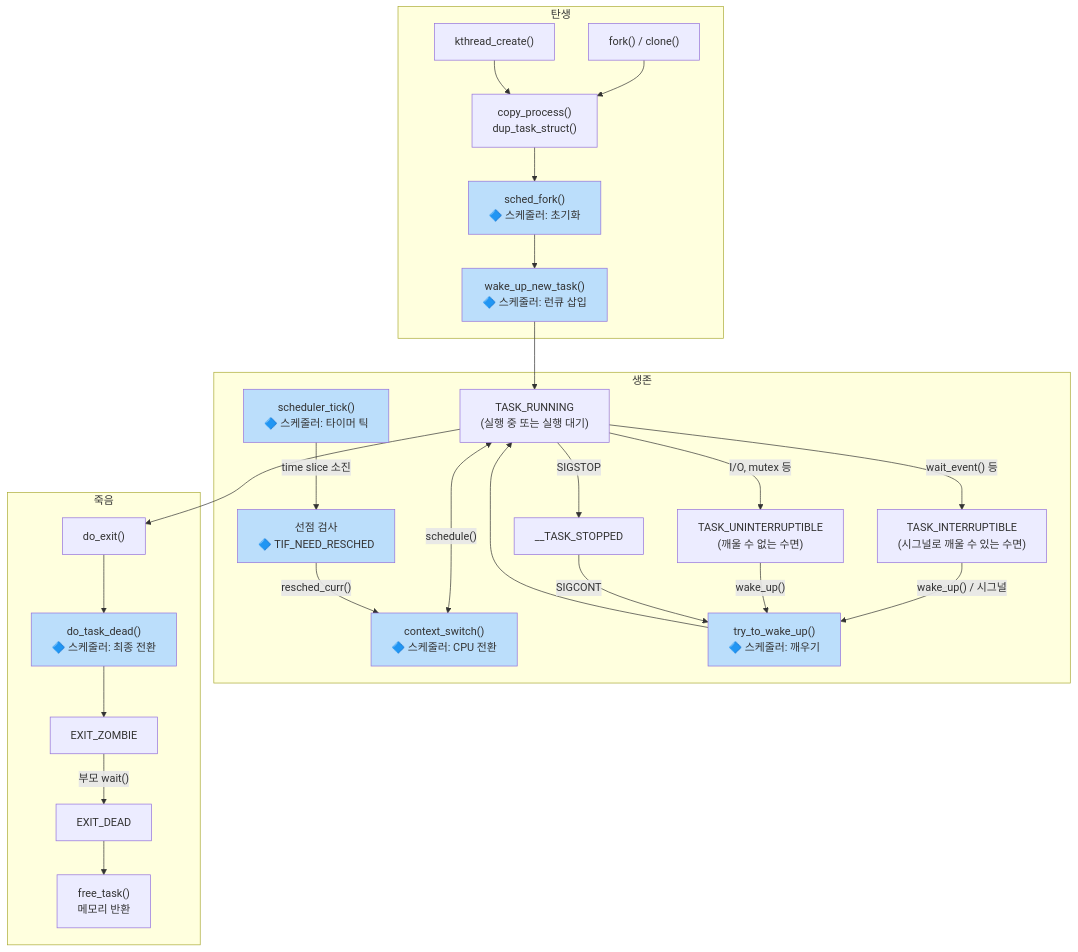
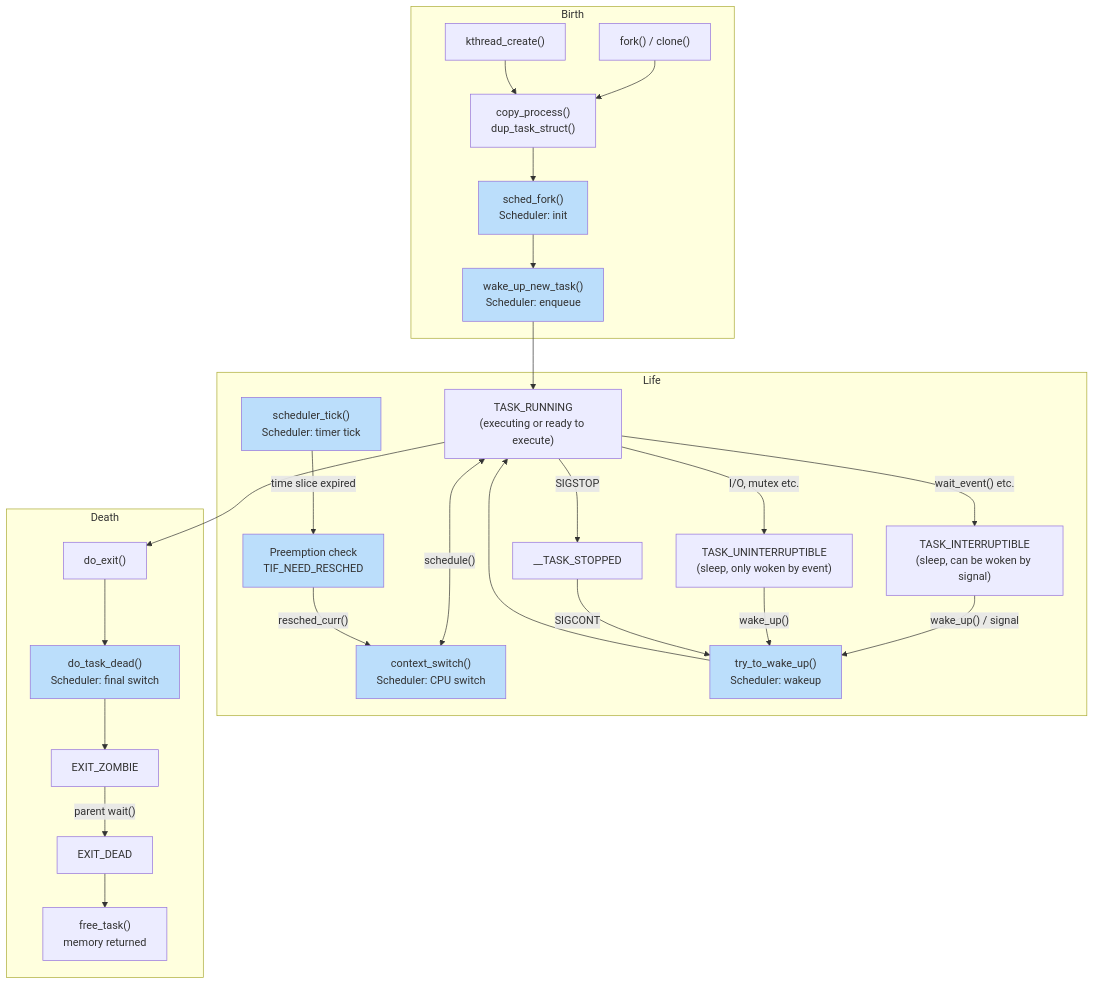
Diagram 11 of 11 in process.md (inineapa/KernelDoc), drawn with Mermaid before and after one commit. The commit also changed other lines of this file, not shown here.

````diff
--- a/process.md
+++ b/process.md
@@ -525,58 +745,58 @@
 ```mermaid
 graph TB
-    subgraph "탄생"
+    subgraph "Birth"
         FORK["fork() / clone()"]
         KCREATE["kthread_create()"]
         COPY["copy_process()<br/>dup_task_struct()"]
-        SCHED_FORK["sched_fork()<br/>🔷 스케줄러: 초기화"]
-        WAKE["wake_up_new_task()<br/>🔷 스케줄러: 런큐 삽입"]
+        SCHED_FORK["sched_fork()<br/>Scheduler: init"]
+        WAKE["wake_up_new_task()<br/>Scheduler: enqueue"]
     end
 
-    subgraph "생존"
-        RUN["TASK_RUNNING<br/>(실행 중 또는 실행 대기)"]
-        SLEEP_I["TASK_INTERRUPTIBLE<br/>(시그널로 깨울 수 있는 수면)"]
-        SLEEP_U["TASK_UNINTERRUPTIBLE<br/>(깨울 수 없는 수면)"]
+    subgraph "Life"
+        RUN["TASK_RUNNING<br/>(executing or ready to execute)"]
+        SLEEP_I["TASK_INTERRUPTIBLE<br/>(sleep, can be woken by signal)"]
+        SLEEP_U["TASK_UNINTERRUPTIBLE<br/>(sleep, only woken by event)"]
         STOPPED["__TASK_STOPPED"]
 
-        TICK["scheduler_tick()<br/>🔷 스케줄러: 타이머 틱"]
-        PREEMPT["선점 검사<br/>🔷 TIF_NEED_RESCHED"]
-        CS["context_switch()<br/>🔷 스케줄러: CPU 전환"]
-        WAKEUP["try_to_wake_up()<br/>🔷 스케줄러: 깨우기"]
+        TICK["scheduler_tick()<br/>Scheduler: timer tick"]
+        PREEMPT["Preemption check<br/>TIF_NEED_RESCHED"]
+        CS["context_switch()<br/>Scheduler: CPU switch"]
+        WAKEUP["try_to_wake_up()<br/>Scheduler: wakeup"]
     end
 
-    subgraph "죽음"
+    subgraph "Death"
         EXIT["do_exit()"]
         ZOMBIE["EXIT_ZOMBIE"]
         DEAD["EXIT_DEAD"]
-        FREE["free_task()<br/>메모리 반환"]
-        TASK_DEAD_STATE["do_task_dead()<br/>🔷 스케줄러: 최종 전환"]
+        FREE["free_task()<br/>memory returned"]
+        TASK_DEAD_STATE["do_task_dead()<br/>Scheduler: final switch"]
     end
 
     FORK --> COPY
     KCREATE --> COPY
     COPY --> SCHED_FORK --> WAKE --> RUN
 
     RUN <-->|"schedule()"| CS
-    RUN -->|"wait_event() 등"| SLEEP_I
-    RUN -->|"I/O, mutex 등"| SLEEP_U
+    RUN -->|"wait_event() etc."| SLEEP_I
+    RUN -->|"I/O, mutex etc."| SLEEP_U
     RUN -->|"SIGSTOP"| STOPPED
-    SLEEP_I -->|"wake_up() / 시그널"| WAKEUP
+    SLEEP_I -->|"wake_up() / signal"| WAKEUP
     SLEEP_U -->|"wake_up()"| WAKEUP
     STOPPED -->|"SIGCONT"| WAKEUP
     WAKEUP --> RUN
 
-    TICK -->|"time slice 소진"| PREEMPT
+    TICK -->|"time slice expired"| PREEMPT
     PREEMPT -->|"resched_curr()"| CS
 
     RUN --> EXIT
     EXIT --> TASK_DEAD_STATE --> ZOMBIE
-    ZOMBIE -->|"부모 wait()"| DEAD --> FREE
+    ZOMBIE -->|"parent wait()"| DEAD --> FREE
 
     style SCHED_FORK fill:#bbdefb
     style WAKE fill:#bbdefb
     style TICK fill:#bbdefb
     style PREEMPT fill:#bbdefb
     style CS fill:#bbdefb
     style WAKEUP fill:#bbdefb
     style TASK_DEAD_STATE fill:#bbdefb
 ```
````
